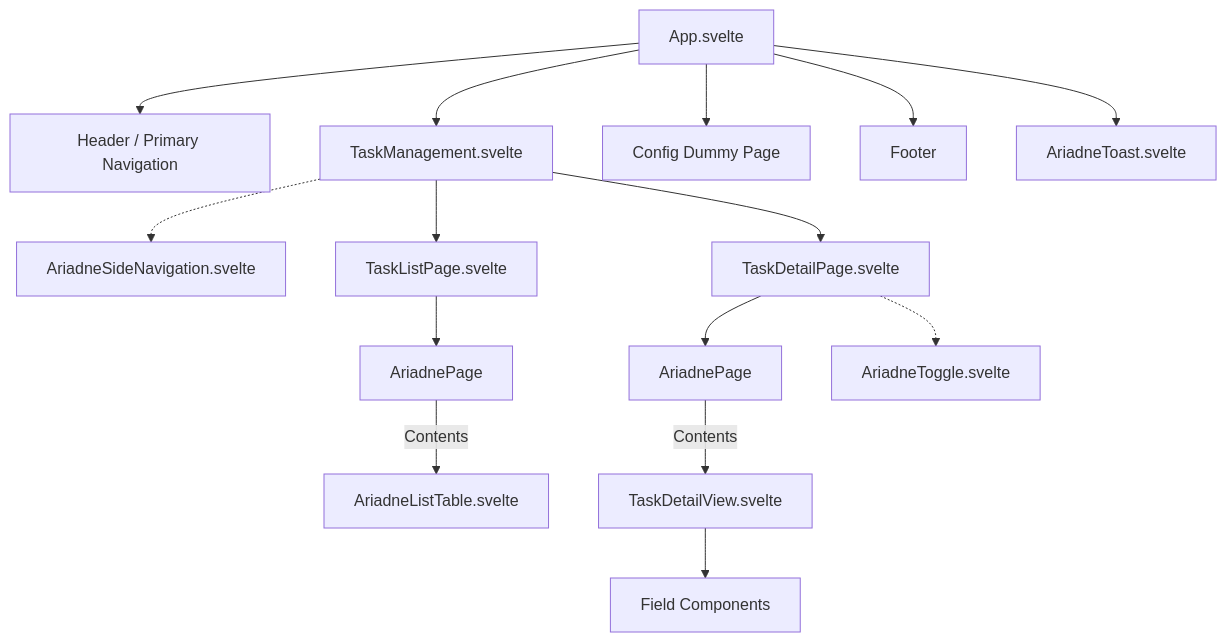
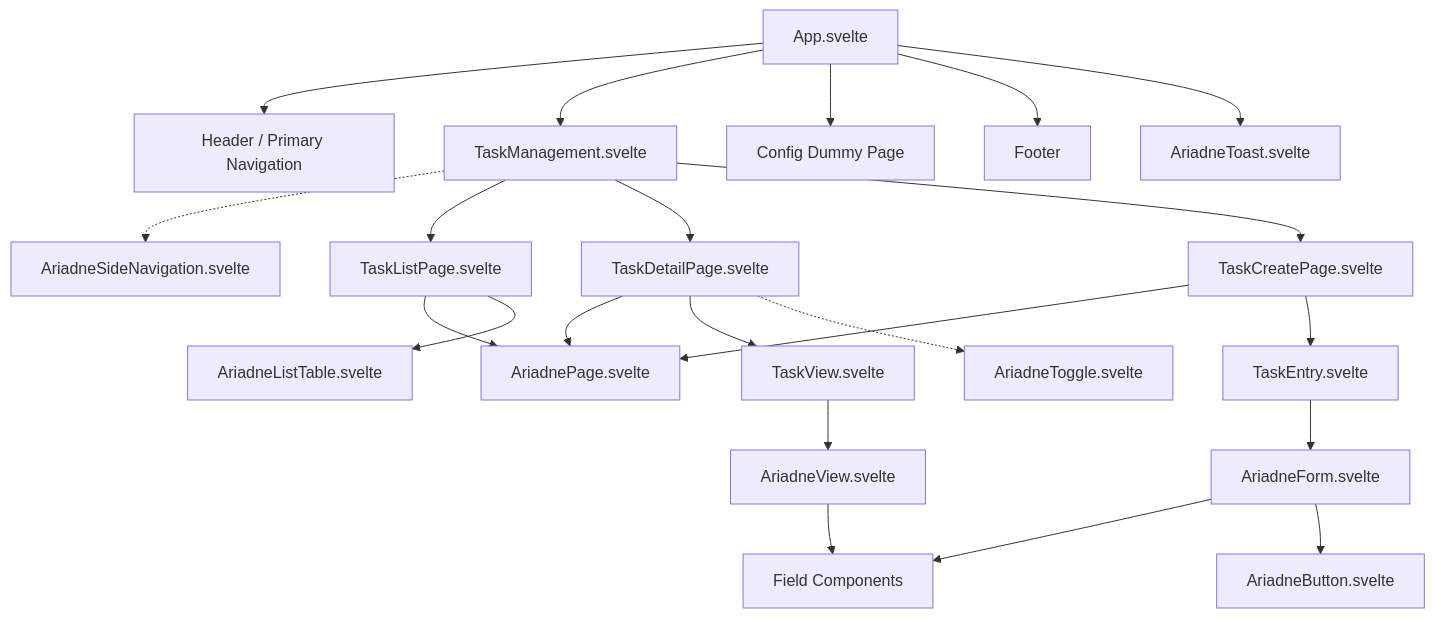
One commit to teru-0529/project-ariadne-prototype changed the second of 2 diagrams in docs/prototype/phase-5-windows-application.md. Above: the diagram before and after it, drawn with Mermaid. The commit also changed other lines of this file, not shown here.

Commit message:
docs: sync Phase 5 frontend architecture after A04

````diff
--- a/docs/prototype/phase-5-windows-application.md
+++ b/docs/prototype/phase-5-windows-application.md
@@ -409,43 +409,44 @@
 ```mermaid
 flowchart TD
     App["App.svelte"]
-
     Header["Header / Primary Navigation"]
     Task["TaskManagement.svelte"]
     Config["Config Dummy Page"]
     Footer["Footer"]
     Toast["AriadneToast.svelte"]
     Side["AriadneSideNavigation.svelte"]
-
     ListPage["TaskListPage.svelte"]
     DetailPage["TaskDetailPage.svelte"]
-
-    ListFrame["AriadnePage"]
-    DetailFrame["AriadnePage"]
-
-    DetailView["TaskDetailView.svelte"]
-
+    CreatePage["TaskCreatePage.svelte"]
+    Page["AriadnePage.svelte"]
     Table["AriadneListTable.svelte"]
+    TaskView["TaskView.svelte"]
+    AriadneView["AriadneView.svelte"]
+    TaskEntry["TaskEntry.svelte"]
+    Form["AriadneForm.svelte"]
+    Button["AriadneButton.svelte"]
     Field["Field Components"]
     Toggle["AriadneToggle.svelte"]
 
     App --> Header
     App --> Task
     App --> Config
     App --> Footer
     App --> Toast
-
     Task -.-> Side
     Task --> ListPage
     Task --> DetailPage
-
-    ListPage --> ListFrame
-    DetailPage --> DetailFrame
-
-    ListFrame -->|Contents| Table
-    DetailFrame -->|Contents| DetailView
-
-    DetailView --> Field
-
+    Task --> CreatePage
+    ListPage --> Page
+    DetailPage --> Page
+    CreatePage --> Page
+    ListPage --> Table
+    DetailPage --> TaskView
+    CreatePage --> TaskEntry
+    TaskView --> AriadneView
+    AriadneView --> Field
+    TaskEntry --> Form
+    Form --> Field
+    Form --> Button
     DetailPage -.-> Toggle
 ```
````
